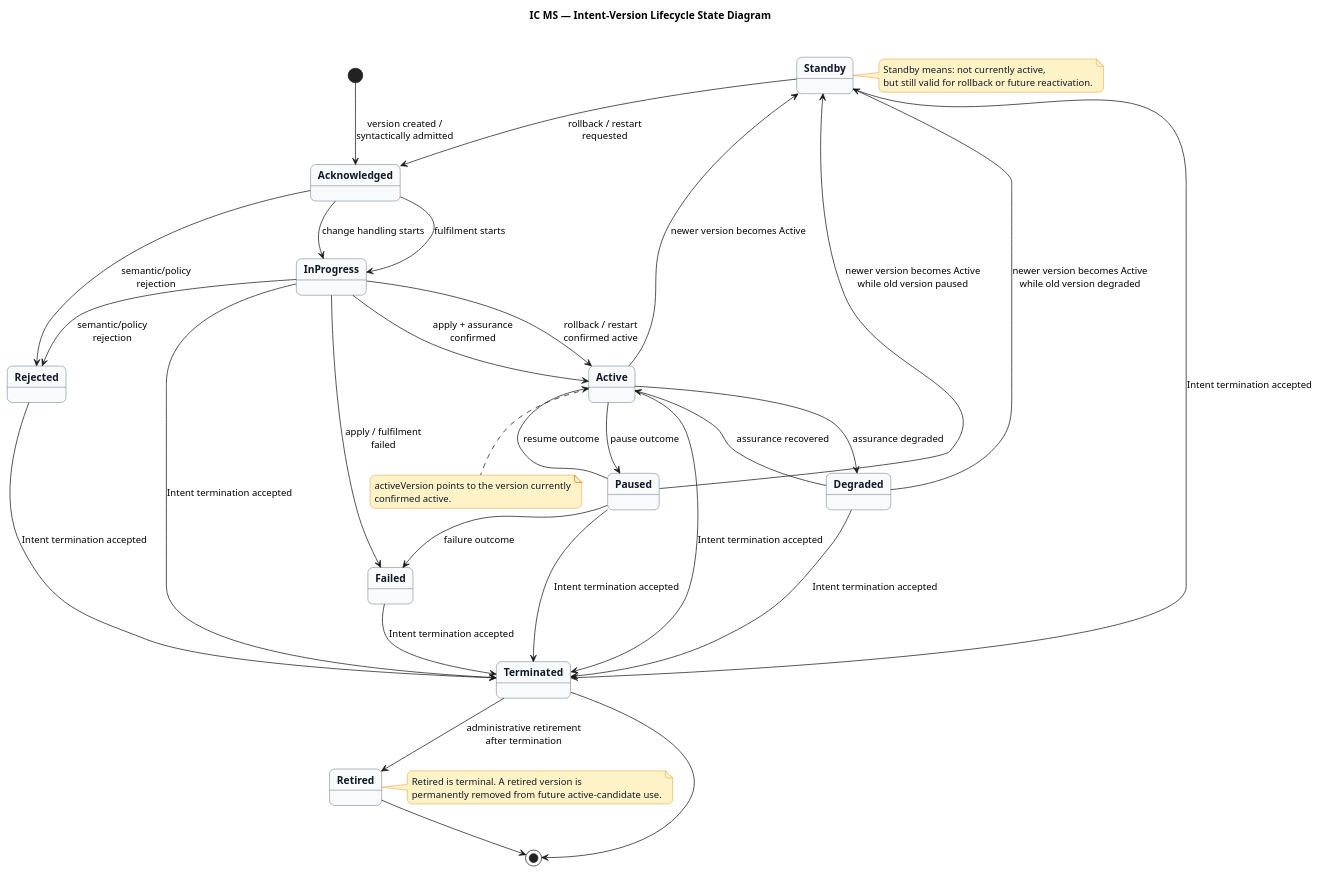
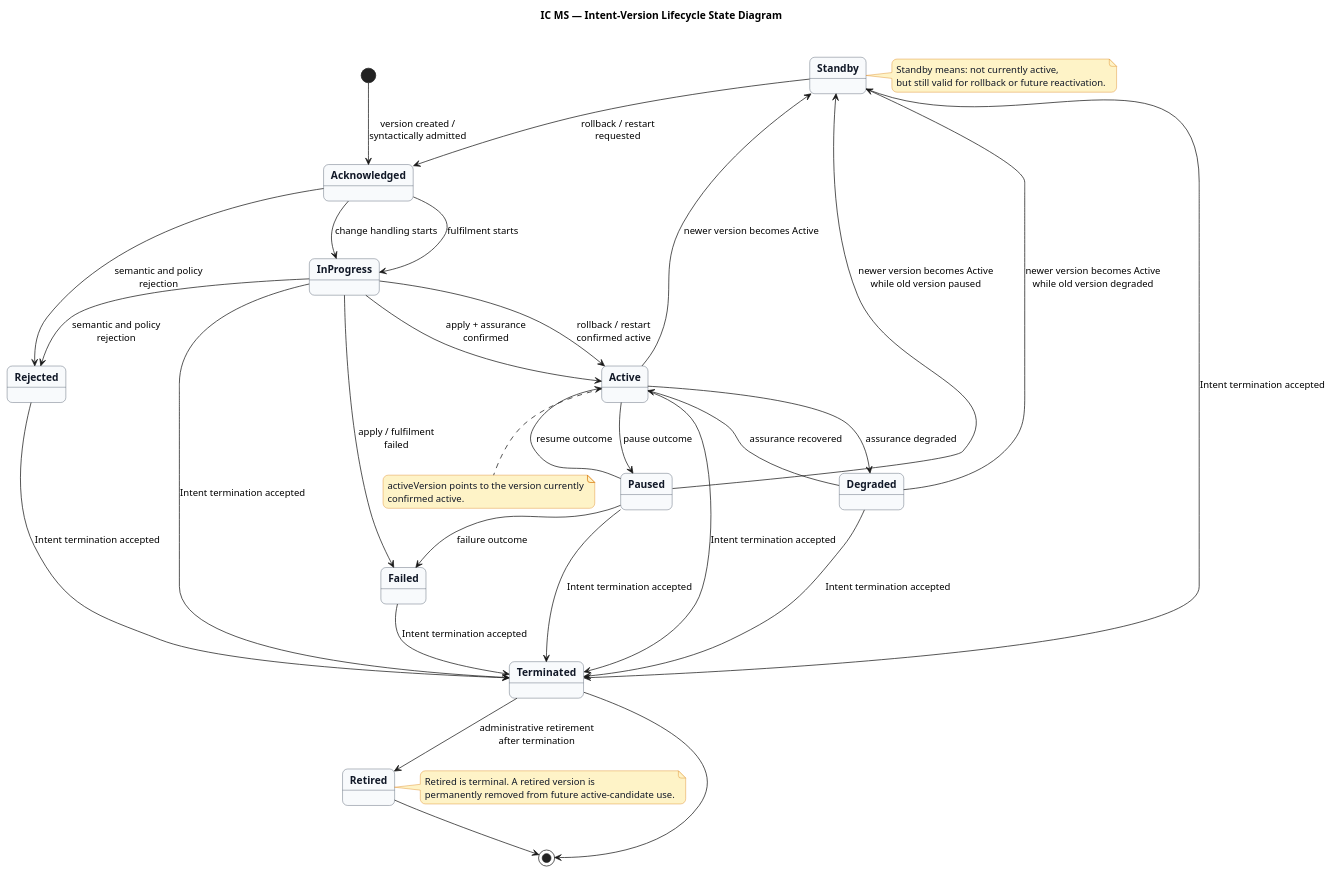
Before and after one commit to prageethw/im: the second of 2 diagrams in baseline/intent/ic-ms/ic_ms_design_brief.md, drawn with PlantUML. The commit also changed other lines of this file and 4 other files, not shown here.

````diff
--- a/baseline/intent/ic-ms/ic_ms_design_brief.md
+++ b/baseline/intent/ic-ms/ic_ms_design_brief.md
@@ -769,63 +769,63 @@
 ```plantuml
 @startuml
 title IC MS — Intent-Version Lifecycle State Diagram
 
 skinparam backgroundColor #FFFFFF
 skinparam shadowing false
 skinparam roundcorner 14
 skinparam state {
   BackgroundColor #F8FAFC
   BorderColor #334155
   FontColor #111827
   FontStyle bold
 }
 skinparam note {
   BackgroundColor #FEF3C7
   BorderColor #D97706
   FontColor #111827
 }
 
 [*] --> Acknowledged : version created /\nsyntactically admitted
-Acknowledged --> Rejected : semantic/policy\nrejection
+Acknowledged --> Rejected : semantic and policy\nrejection
 Acknowledged --> InProgress : fulfilment starts
 InProgress --> Active : apply + assurance\nconfirmed
 InProgress --> Failed : apply / fulfilment\nfailed
-InProgress --> Rejected : semantic/policy\nrejection
+InProgress --> Rejected : semantic and policy\nrejection
 Active --> Degraded : assurance degraded
 Degraded --> Active : assurance recovered
 Active --> Standby : newer version becomes Active
 Degraded --> Standby : newer version becomes Active\nwhile old version degraded
 Paused --> Standby : newer version becomes Active\nwhile old version paused
 Standby --> Acknowledged : rollback / restart\nrequested
 Acknowledged --> InProgress : change handling starts
 InProgress --> Active : rollback / restart\nconfirmed active
 Terminated --> Retired : administrative retirement\nafter termination
 Active --> Terminated : Intent termination accepted
 Degraded --> Terminated : Intent termination accepted
 Standby --> Terminated : Intent termination accepted
 InProgress --> Terminated : Intent termination accepted
 Paused --> Terminated : Intent termination accepted
 Failed --> Terminated : Intent termination accepted
 Rejected --> Terminated : Intent termination accepted
 Active --> Paused : pause outcome
 Paused --> Active : resume outcome
 Paused --> Failed : failure outcome
 Retired --> [*]
 Terminated --> [*]
 
 note right of Standby
 Standby means: not currently active,
 but still valid for rollback or future reactivation.
 end note
 
 note right of Retired
 Retired is terminal. A retired version is
 permanently removed from future active-candidate use.
 end note
 
 note bottom of Active
 activeVersion points to the version currently
 confirmed active.
 end note
 @enduml
 ```
````
